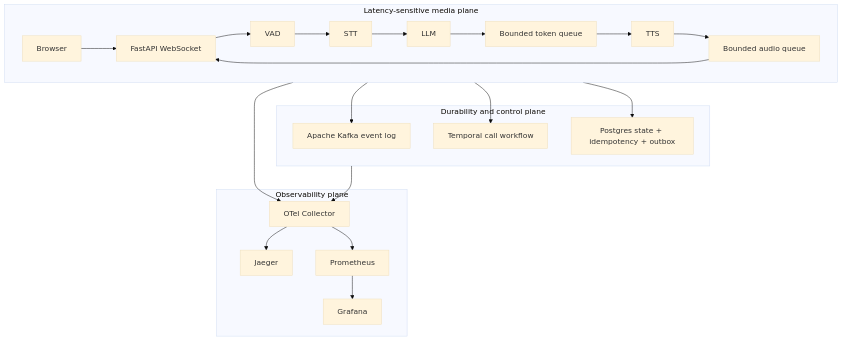
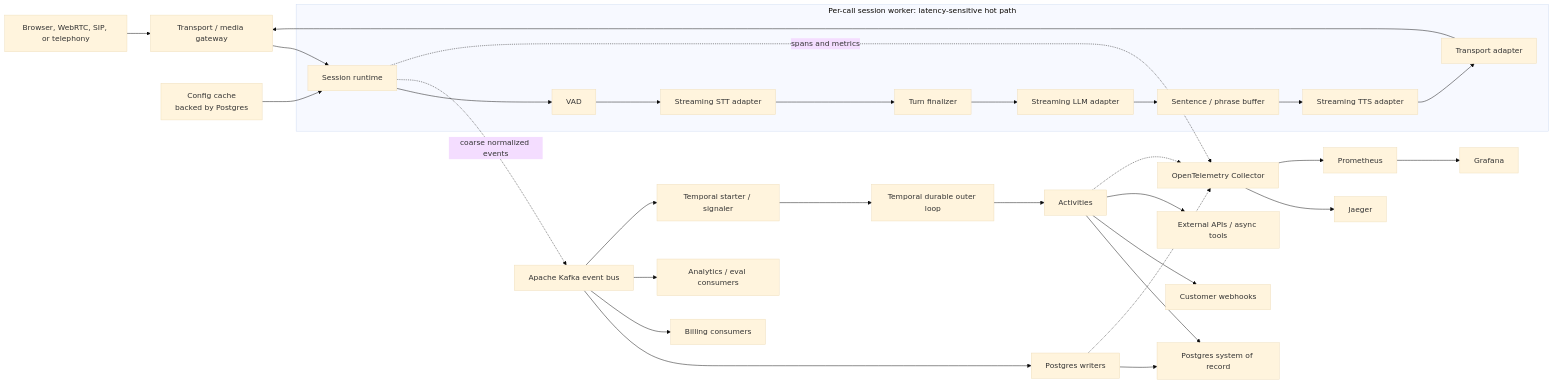
The first of 3 diagrams in docs/architecture.md (sivagirish81/VoiceMesh), drawn with Mermaid (base theme) before and after one commit. The commit also changed other lines of this file and 10 other files, not shown here.

Commit message:
docs: clarify realtime architecture boundaries

````diff
--- a/docs/architecture.md
+++ b/docs/architecture.md
@@ -5,27 +14,41 @@
 ```mermaid
-flowchart TB
-    subgraph Media["Latency-sensitive media plane"]
-      Browser --> WS["FastAPI WebSocket"]
-      WS --> VAD
-      VAD --> STT
-      STT --> LLM
-      LLM --> Q1["Bounded token queue"]
-      Q1 --> TTS
-      TTS --> Q2["Bounded audio queue"]
-      Q2 --> WS
+flowchart LR
+    Client["Browser, WebRTC, SIP, or telephony"] --> Gateway["Transport / media gateway"]
+
+    subgraph HotPath["Per-call session worker: latency-sensitive hot path"]
+      Session["Session runtime"]
+      VAD["VAD"]
+      STT["Streaming STT adapter"]
+      Turn["Turn finalizer"]
+      LLM["Streaming LLM adapter"]
+      Buffer["Sentence / phrase buffer"]
+      TTS["Streaming TTS adapter"]
+      Output["Transport adapter"]
+
+      Session --> VAD --> STT --> Turn --> LLM --> Buffer --> TTS --> Output
     end
-    subgraph Durable["Durability and control plane"]
-      Kafka["Apache Kafka event log"]
-      Temporal["Temporal call workflow"]
-      Postgres["Postgres state + idempotency + outbox"]
-    end
-    subgraph Observe["Observability plane"]
-      Collector["OTel Collector"] --> Jaeger
-      Collector --> Prometheus --> Grafana
-    end
-    Media --> Kafka
-    Media --> Postgres
-    Media --> Temporal
-    Media --> Collector
-    Durable --> Collector
+
+    Gateway --> Session
+    Output --> Gateway
+    Session -. "coarse normalized events" .-> Kafka["Apache Kafka event bus"]
+    Config["Config cache<br/>backed by Postgres"] --> Session
+
+    Kafka --> Writers["Postgres writers"]
+    Kafka --> Billing["Billing consumers"]
+    Kafka --> Analytics["Analytics / eval consumers"]
+    Kafka --> WorkflowBridge["Temporal starter / signaler"]
+
+    Writers --> Postgres["Postgres system of record"]
+    WorkflowBridge --> Temporal["Temporal durable outer loop"]
+    Temporal --> Activities["Activities"]
+    Activities --> Postgres
+    Activities --> Webhooks["Customer webhooks"]
+    Activities --> External["External APIs / async tools"]
+
+    Session -. "spans and metrics" .-> OTel["OpenTelemetry Collector"]
+    Writers -.-> OTel
+    Activities -.-> OTel
+    OTel --> Jaeger["Jaeger"]
+    OTel --> Prometheus["Prometheus"]
+    Prometheus --> Grafana["Grafana"]
 ```
````
